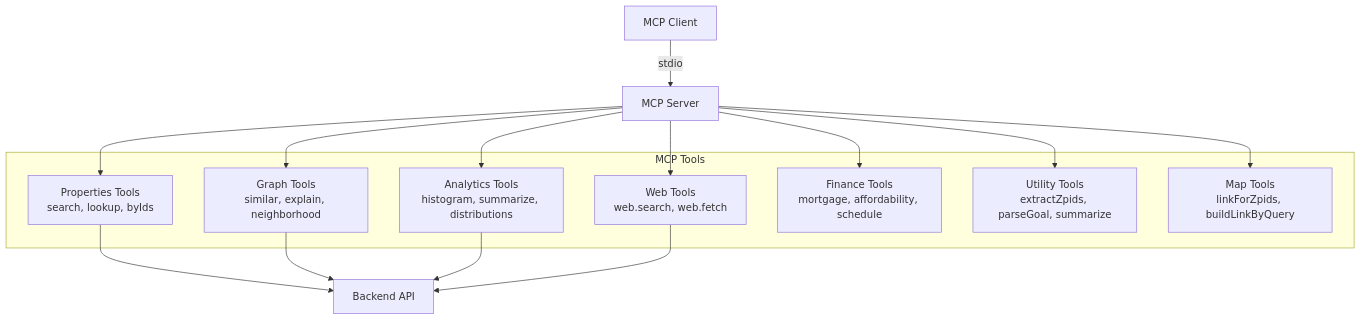
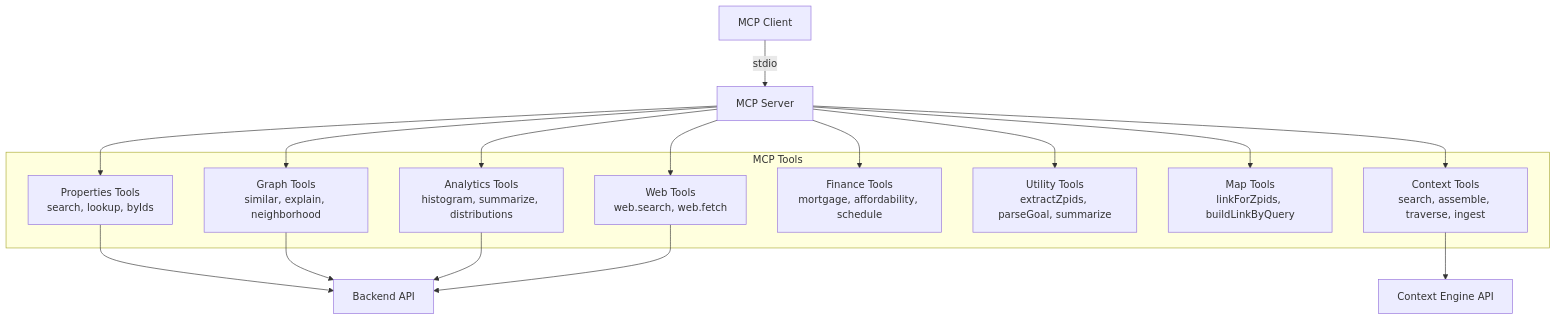
Diagram 11 of 37 in ARCHITECTURE.md (hoangsonww/EstateWise-Chapel-Hill-Chatbot), drawn with Mermaid before and after one commit. The commit also changed other lines of this file and 62 other files, not shown here.

Commit message:
feat(context): implement context engineering module with ingestion, metrics, and API integration

````diff
--- a/ARCHITECTURE.md
+++ b/ARCHITECTURE.md
@@ -555,26 +574,29 @@
 ```mermaid
 flowchart TB
   subgraph "MCP Tools"
     Props[Properties Tools<br/>search, lookup, byIds]
     Graph[Graph Tools<br/>similar, explain, neighborhood]
     Analytics[Analytics Tools<br/>histogram, summarize, distributions]
     Web[Web Tools<br/>web.search, web.fetch]
     Finance[Finance Tools<br/>mortgage, affordability, schedule]
     Utils[Utility Tools<br/>extractZpids, parseGoal, summarize]
     Map[Map Tools<br/>linkForZpids, buildLinkByQuery]
+    Context[Context Tools<br/>search, assemble, traverse, ingest]
   end
 
   Client[MCP Client] -->|stdio| Server[MCP Server]
   Server --> Props
   Server --> Graph
   Server --> Analytics
   Server --> Web
   Server --> Finance
   Server --> Utils
   Server --> Map
+  Server --> Context
 
   Props --> API[Backend API]
   Graph --> API
   Analytics --> API
   Web --> API
+  Context --> CEng[Context Engine API]
 ```
````
